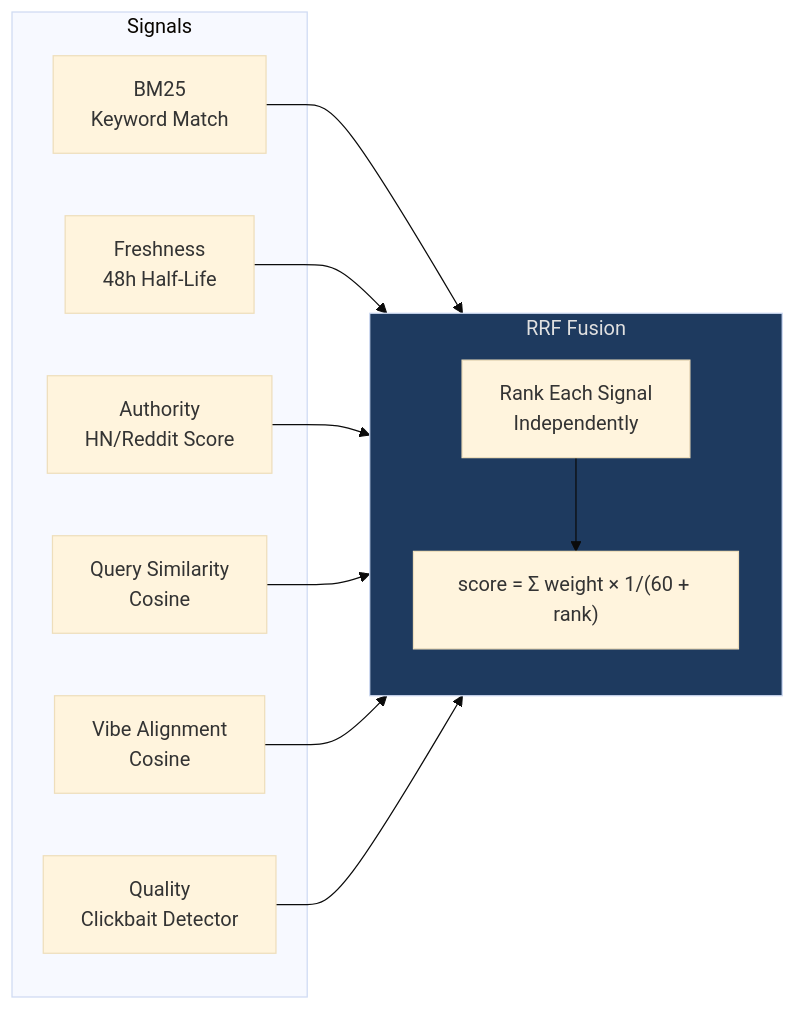
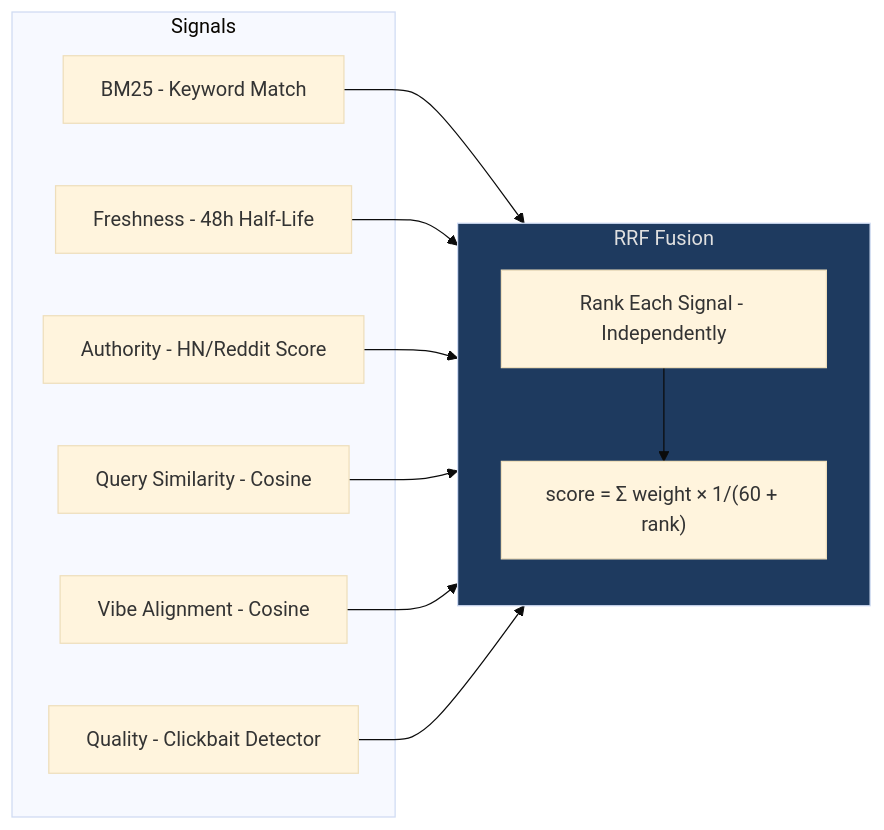
One commit to Shaddix/mostlylucidweb changed the third of 10 diagrams in Mostlylucid/Markdown/doomsummarizer-deep-research.md. Above: the diagram before and after it, drawn with Mermaid (base theme). The commit also changed other lines of this file and 25 other files, not shown here.

````diff
--- a/Mostlylucid/Markdown/doomsummarizer-deep-research.md
+++ b/Mostlylucid/Markdown/doomsummarizer-deep-research.md
@@ -170,21 +170,21 @@
 ```mermaid
 flowchart LR
     subgraph Signals
-        BM25[BM25\nKeyword Match]
-        Fresh[Freshness\n48h Half-Life]
-        Auth[Authority\nHN/Reddit Score]
-        QSim[Query Similarity\nCosine]
-        Vibe[Vibe Alignment\nCosine]
-        Qual[Quality\nClickbait Detector]
+        BM25[BM25 - Keyword Match]
+        Fresh[Freshness - 48h Half-Life]
+        Auth[Authority - HN/Reddit Score]
+        QSim[Query Similarity - Cosine]
+        Vibe[Vibe Alignment - Cosine]
+        Qual[Quality - Clickbait Detector]
     end
 
     subgraph RRF[RRF Fusion]
         direction TB
-        R[Rank Each Signal\nIndependently]
+        R[Rank Each Signal - Independently]
         F["score = Σ weight × 1/(60 + rank)"]
     end
 
     BM25 & Fresh & Auth & QSim & Vibe & Qual --> R --> F
 
     style RRF fill:#1e3a5f,color:#e0e0e0
 ```
````
